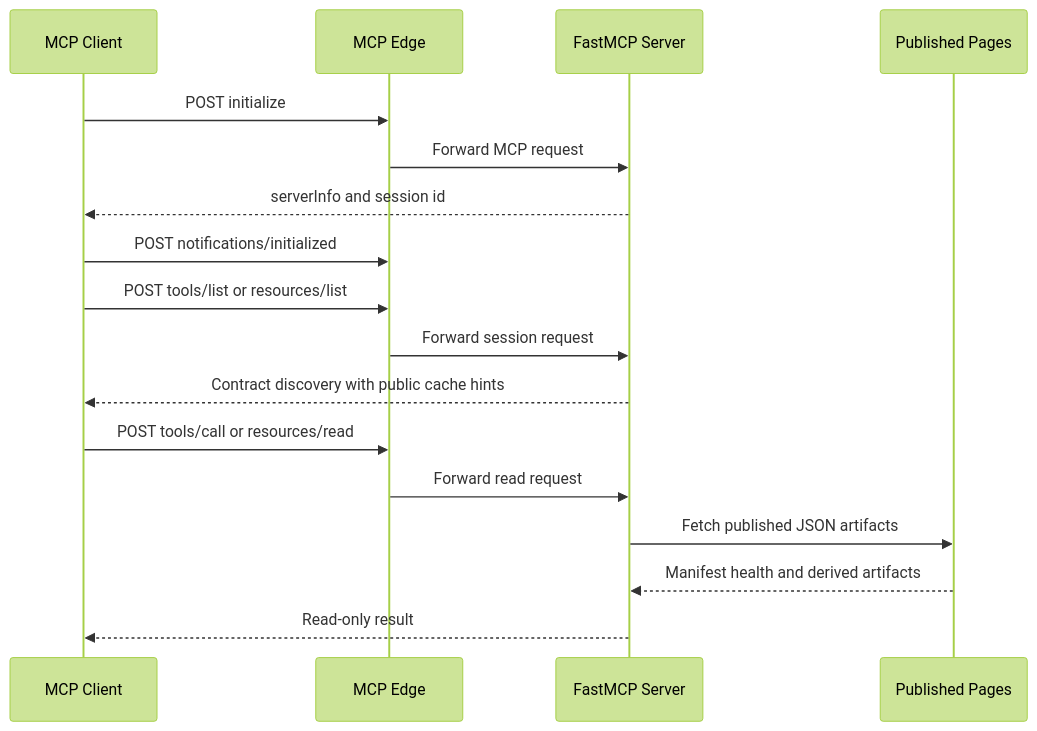
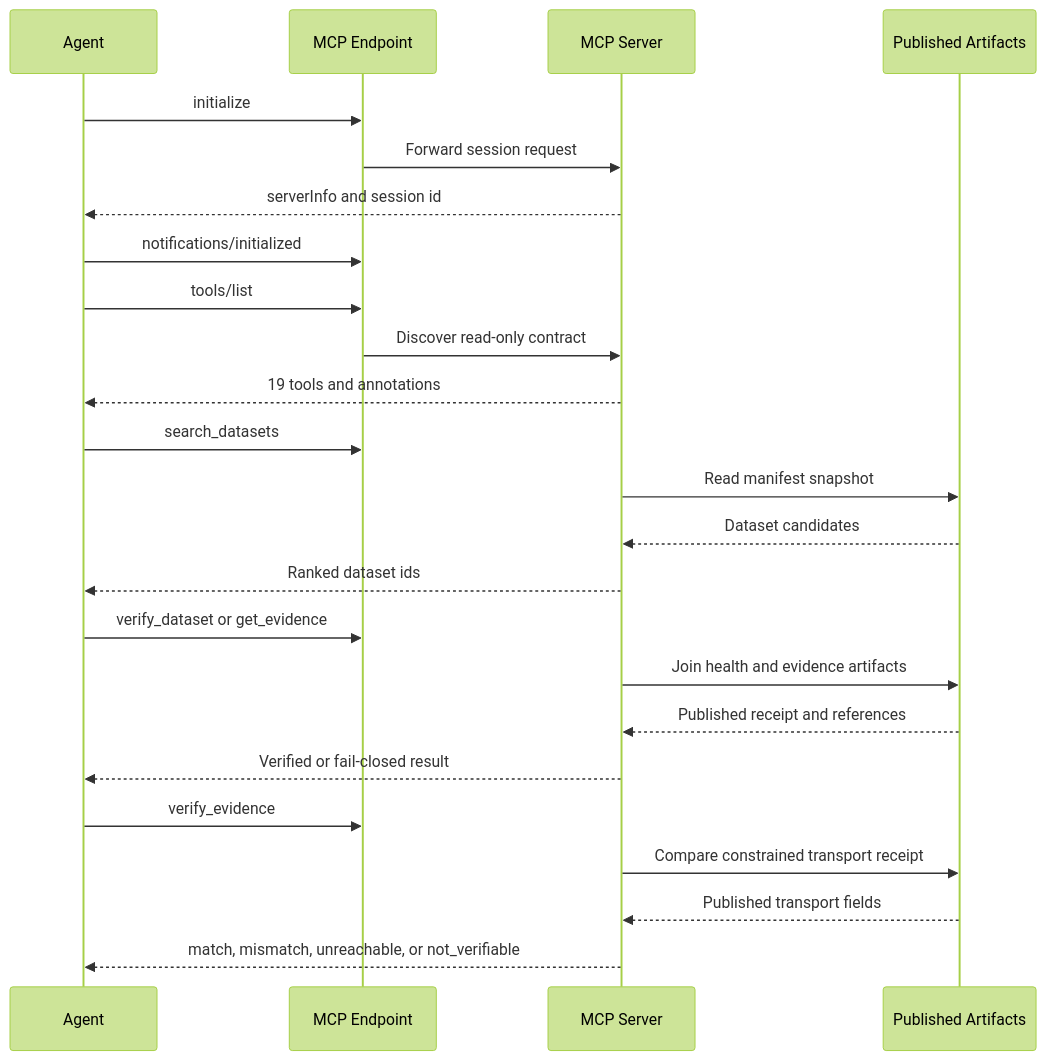
One commit to r3dz4r/datapulse-my changed the diagram in openwiki/mcp.md. Above: the diagram before and after it, drawn with Mermaid (forest theme). The commit also changed other lines of this file and 4 other files, not shown here.

````diff
--- a/openwiki/mcp.md
+++ b/openwiki/mcp.md
@@ -39,19 +41,26 @@
 ```mermaid
 sequenceDiagram
-    participant C as MCP Client
-    participant E as MCP Edge
-    participant S as FastMCP Server
-    participant P as Published Pages
-    C->>E: POST initialize
-    E->>S: Forward MCP request
-    S-->>C: serverInfo and session id
-    C->>E: POST notifications/initialized
-    C->>E: POST tools/list or resources/list
+    participant A as Agent
+    participant E as MCP Endpoint
+    participant S as MCP Server
+    participant P as Published Artifacts
+    A->>E: initialize
     E->>S: Forward session request
-    S-->>C: Contract discovery with public cache hints
-    C->>E: POST tools/call or resources/read
-    E->>S: Forward read request
-    S->>P: Fetch published JSON artifacts
-    P-->>S: Manifest health and derived artifacts
-    S-->>C: Read-only result
+    S-->>A: serverInfo and session id
+    A->>E: notifications/initialized
+    A->>E: tools/list
+    E->>S: Discover read-only contract
+    S-->>A: 19 tools and annotations
+    A->>E: search_datasets
+    S->>P: Read manifest snapshot
+    P-->>S: Dataset candidates
+    S-->>A: Ranked dataset ids
+    A->>E: verify_dataset or get_evidence
+    S->>P: Join health and evidence artifacts
+    P-->>S: Published receipt and references
+    S-->>A: Verified or fail-closed result
+    A->>E: verify_evidence
+    S->>P: Compare constrained transport receipt
+    P-->>S: Published transport fields
+    S-->>A: match, mismatch, unreachable, or not_verifiable
 ```
````
